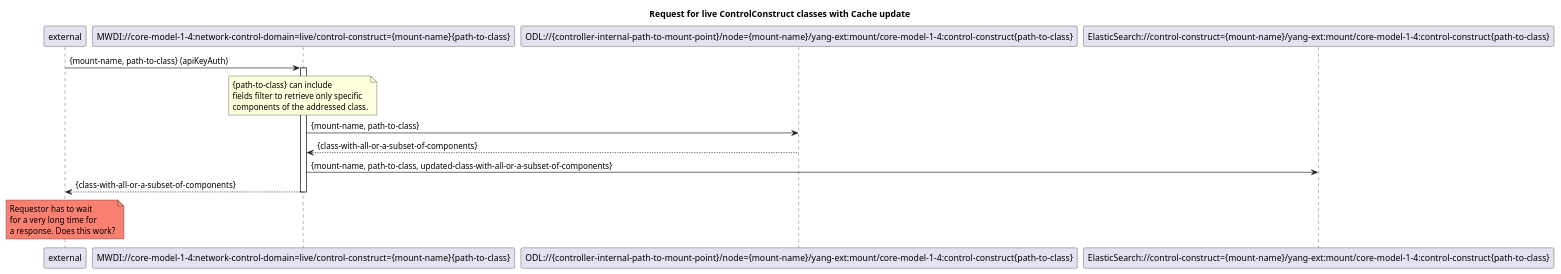
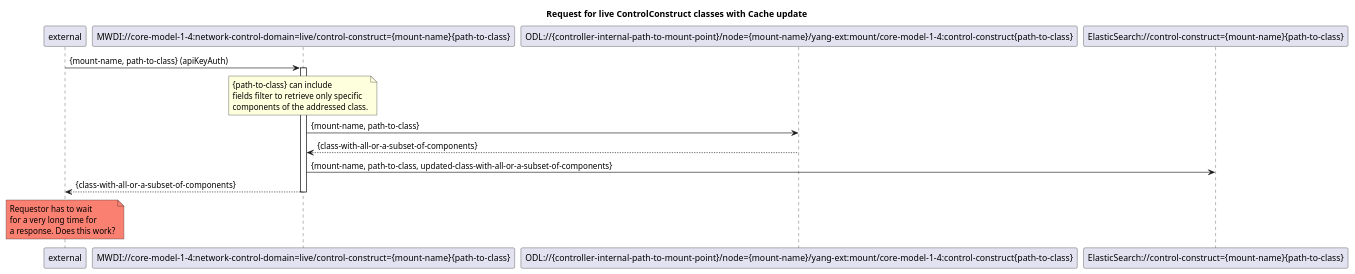
The diagram in spec/diagrams/500_LiveRessourcePathWithCacheUpdate.plantuml (openBackhaul/MicroWaveDeviceInventory), drawn with PlantUML before and after one commit.

Commit message:
Updated diagram 500: aligned ES path with op-client-path from serviceList

```diff
--- a/spec/diagrams/500_LiveRessourcePathWithCacheUpdate.plantuml
+++ b/spec/diagrams/500_LiveRessourcePathWithCacheUpdate.plantuml
@@ -1,27 +1,27 @@
 @startuml 500_LiveRessourcePathWithCacheUpdate
 skinparam responseMessageBelowArrow true
 
 title Request for live ControlConstruct classes with Cache update
 
 participant "external" as requestor
 participant "MWDI://core-model-1-4:network-control-domain=live/control-construct={mount-name}{path-to-class}" as LiveControlConstructClass
 participant "ODL://{controller-internal-path-to-mount-point}/node={mount-name}/yang-ext:mount/core-model-1-4:control-construct{path-to-class}" as OdlControlConstructClass
-participant "ElasticSearch://control-construct={mount-name}/yang-ext:mount/core-model-1-4:control-construct{path-to-class}" as EsControlConstructClass
+participant "ElasticSearch://control-construct={mount-name}{path-to-class}" as EsControlConstructClass
 
 requestor -> LiveControlConstructClass: {mount-name, path-to-class} (apiKeyAuth)
 activate LiveControlConstructClass
 
 note over LiveControlConstructClass: {path-to-class} can include \nfields filter to retrieve only specific \ncomponents of the addressed class.
 LiveControlConstructClass -> OdlControlConstructClass: {mount-name, path-to-class}
 OdlControlConstructClass --> LiveControlConstructClass: {class-with-all-or-a-subset-of-components}
 
 LiveControlConstructClass -> EsControlConstructClass: {mount-name, path-to-class, updated-class-with-all-or-a-subset-of-components}
 
 LiveControlConstructClass --> requestor: {class-with-all-or-a-subset-of-components}
 deactivate LiveControlConstructClass
 
 skinparam NoteBackgroundColor salmon
 note over requestor: Requestor has to wait \nfor a very long time for \na response. Does this work?
 skinparam NoteBackgroundColor default
 
 @enduml
```
